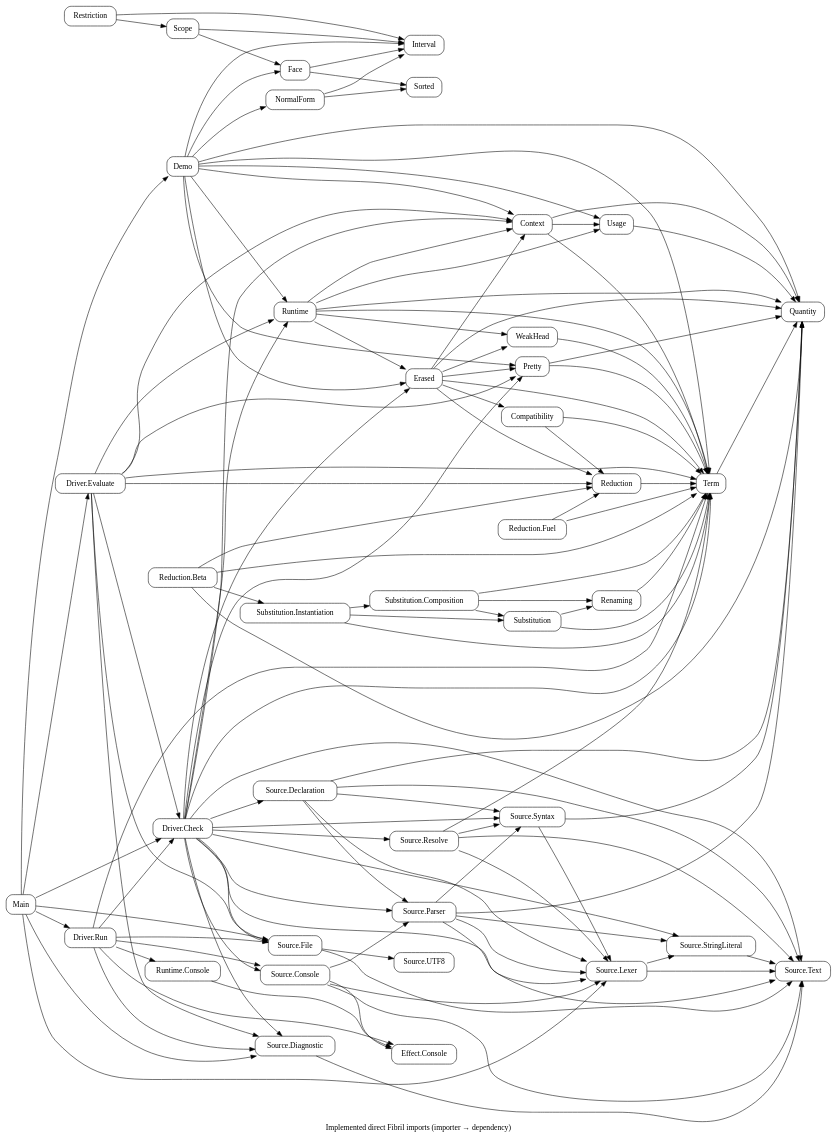
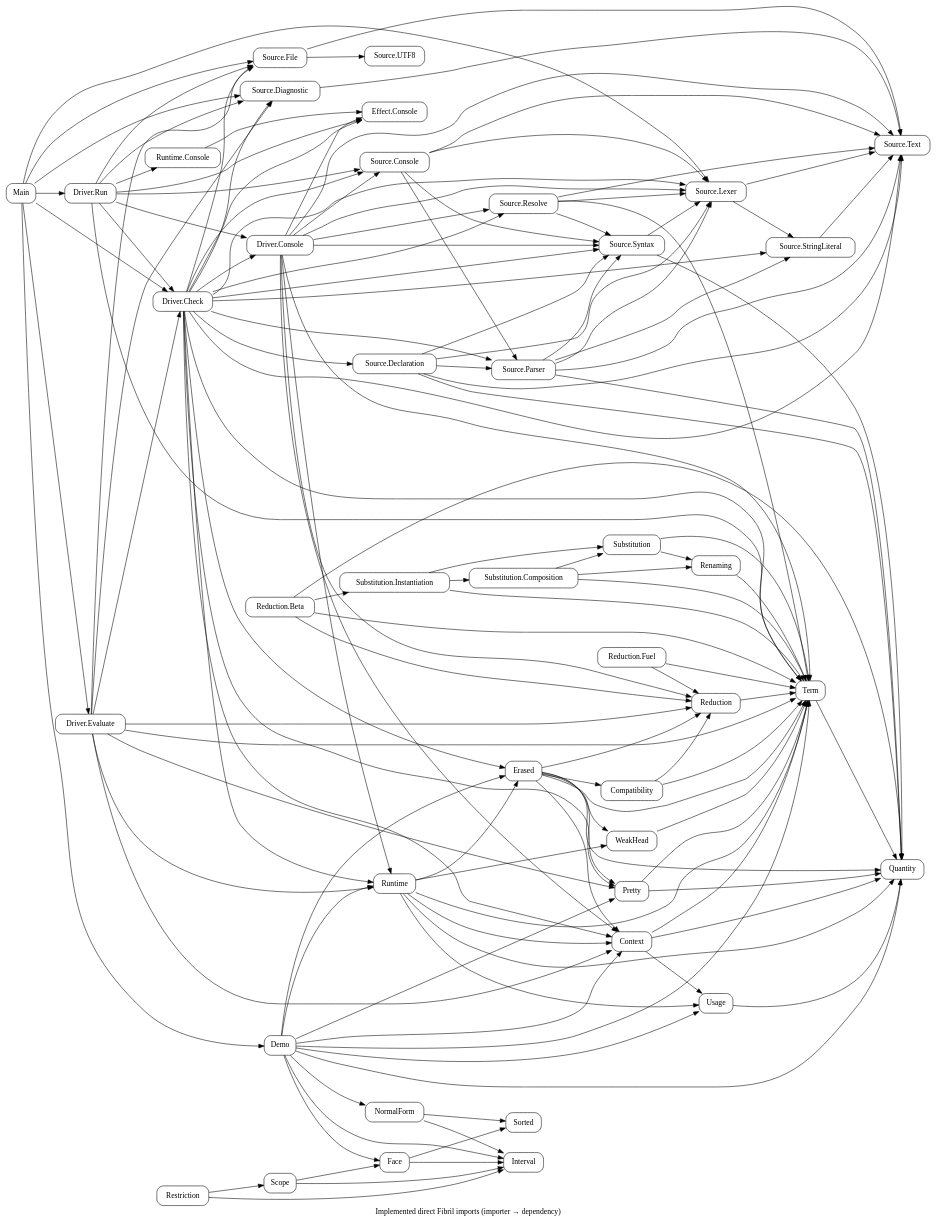
Before and after one commit to odunboye/fibril: the diagram in docs/diagrams/modules.dot, drawn with Graphviz. The commit also changed 24 other files, not shown here.

```diff
--- a/docs/diagrams/modules.dot
+++ b/docs/diagrams/modules.dot
@@ -1,36 +1,37 @@
 digraph Modules {
 rankdir=LR; node [shape=box,style=rounded];
 "Source.File" -> {"Source.UTF8" "Source.Text"};
 Main -> {"Source.File" "Source.Lexer" "Source.Diagnostic"};
 "Source.Diagnostic" -> "Source.Text";
 "Source.Declaration" -> {Quantity "Source.Text" "Source.Lexer" "Source.Syntax" "Source.Parser"};
 "Source.Lexer" -> {"Source.Text" "Source.StringLiteral"};
 "Source.StringLiteral" -> "Source.Text";
-"Source.Console" -> {"Effect.Console" "Source.Text" "Source.Lexer" "Source.Parser"};
+"Source.Console" -> {"Source.Syntax" "Source.Text" "Source.Lexer" "Source.Parser"};
+"Driver.Console" -> {Context Term Runtime Reduction "Effect.Console" "Source.Syntax" "Source.Lexer" "Source.Text" "Source.Resolve" "Source.Console"};
 "Runtime.Console" -> "Effect.Console";
-"Driver.Run" -> {Term "Source.File" "Source.Console" "Source.Diagnostic" "Effect.Console" "Runtime.Console" "Driver.Check"};
+"Driver.Run" -> {Term "Source.File" "Source.Console" "Source.Diagnostic" "Effect.Console" "Runtime.Console" "Driver.Check" "Driver.Console"};
 "Source.Syntax" -> {Quantity "Source.Lexer"};
 "Source.Parser" -> {Quantity "Source.Text" "Source.Lexer" "Source.Syntax" "Source.StringLiteral"};
 "Source.Resolve" -> {Term "Source.Text" "Source.Lexer" "Source.Syntax"};
-"Driver.Check" -> {"Source.Text" "Source.Lexer" "Source.Syntax" "Source.Parser" "Source.Declaration" "Source.Console" "Source.StringLiteral" "Source.Resolve" "Source.File" "Source.Diagnostic" Term Context Pretty Erased Runtime};
+"Driver.Check" -> {"Source.Text" "Source.Lexer" "Source.Syntax" "Source.Parser" "Source.Declaration" "Source.Console" "Source.StringLiteral" "Source.Resolve" "Source.File" "Source.Diagnostic" Term Context Pretty Erased Runtime "Driver.Console" "Effect.Console"};
 Main -> {"Driver.Check" "Driver.Evaluate" "Driver.Run"};
 "Driver.Evaluate" -> {Context Term Pretty Reduction Runtime "Source.File" "Source.Diagnostic" "Driver.Check"};
 Quantity; Interval; NormalForm; Face; Scope; Restriction; Term;
 NormalForm -> {Interval Sorted}; Face -> {Interval Sorted};
 Scope -> {Interval Face}; Restriction -> {Interval Scope};
 Demo -> {Quantity Term Context Usage Pretty Erased Runtime Interval NormalForm Face};
 Main -> Demo;
 Pretty -> {Quantity Term};
 Term -> Quantity; Usage -> Quantity; Context -> {Quantity Term Usage};
 Reduction -> Term; WeakHead -> Term;
 Compatibility -> {Term Reduction};
 Renaming -> Term;
 Substitution -> {Term Renaming};
 "Substitution.Composition" -> {Term Renaming Substitution};
 "Substitution.Instantiation" -> {Term Substitution "Substitution.Composition"};
 "Reduction.Beta" -> {Quantity Term Reduction "Substitution.Instantiation"};
 "Reduction.Fuel" -> {Term Reduction};
 Erased -> {Quantity Term Pretty Context Compatibility WeakHead Reduction};
 Runtime -> {Quantity Term Context Usage WeakHead Erased};
 label="Implemented direct Fibril imports (importer → dependency)";
 }
```
